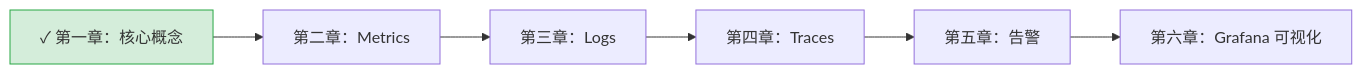
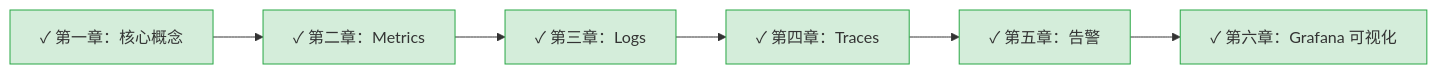
The diagram in patra-api/docs/learning/observability/_index.md (linqibin0826/patra), drawn with Mermaid before and after one commit. The commit also changed other lines of this file and 6 other files, not shown here.

````diff
--- a/patra-api/docs/learning/observability/_index.md
+++ b/patra-api/docs/learning/observability/_index.md
@@ -13,10 +13,15 @@
 ```mermaid
 flowchart LR
-    A["✓ 第一章：核心概念"] --> B["第二章：Metrics"]
-    B --> C["第三章：Logs"]
-    C --> D["第四章：Traces"]
-    D --> E["第五章：告警"]
-    E --> F["第六章：Grafana 可视化"]
+    A["✓ 第一章：核心概念"] --> B["✓ 第二章：Metrics"]
+    B --> C["✓ 第三章：Logs"]
+    C --> D["✓ 第四章：Traces"]
+    D --> E["✓ 第五章：告警"]
+    E --> F["✓ 第六章：Grafana 可视化"]
 
     style A fill:#d4edda,stroke:#28a745
+    style B fill:#d4edda,stroke:#28a745
+    style C fill:#d4edda,stroke:#28a745
+    style D fill:#d4edda,stroke:#28a745
+    style E fill:#d4edda,stroke:#28a745
+    style F fill:#d4edda,stroke:#28a745
 ```
````
